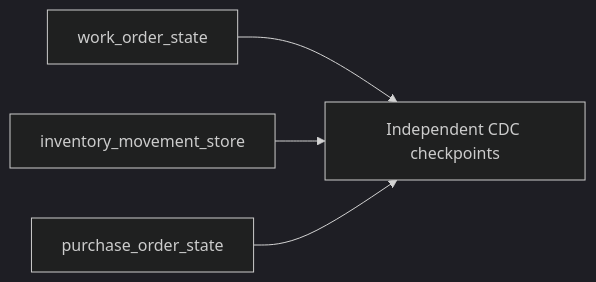
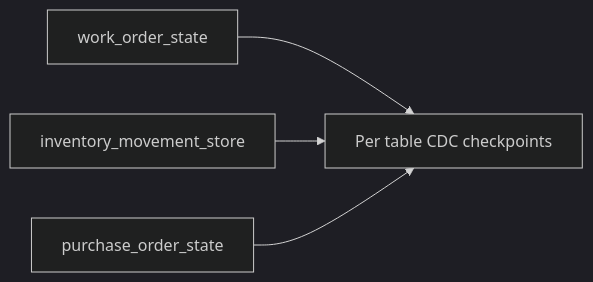
Before and after one commit to brunolnetto/mro-job-as-code: diagram 13 of 21 in README.md, drawn with Mermaid (dark theme). The commit also changed other lines of this file, not shown here.

Commit message:
docs: simplify Mermaid diagrams and collapse README sections

````diff
--- a/README.md
+++ b/README.md
@@ -625,6 +561,6 @@
 ```mermaid
-flowchart LR
-    WO["work_order_state"] --> CP["Independent CDC checkpoints"]
-    IM["inventory_movement_store"] --> CP
-    PO["purchase_order_state"] --> CP
+graph LR
+    WO[work_order_state] --> CP[Per table CDC checkpoints]
+    IM[inventory_movement_store] --> CP
+    PO[purchase_order_state] --> CP
 ```
````
